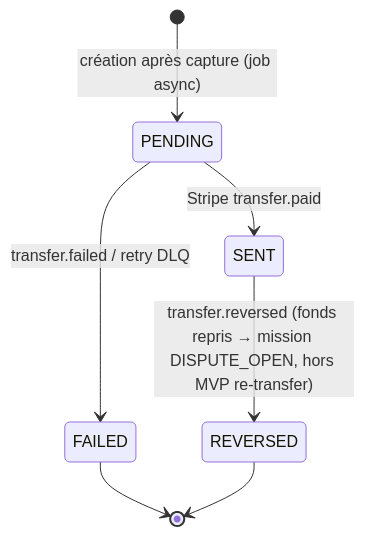
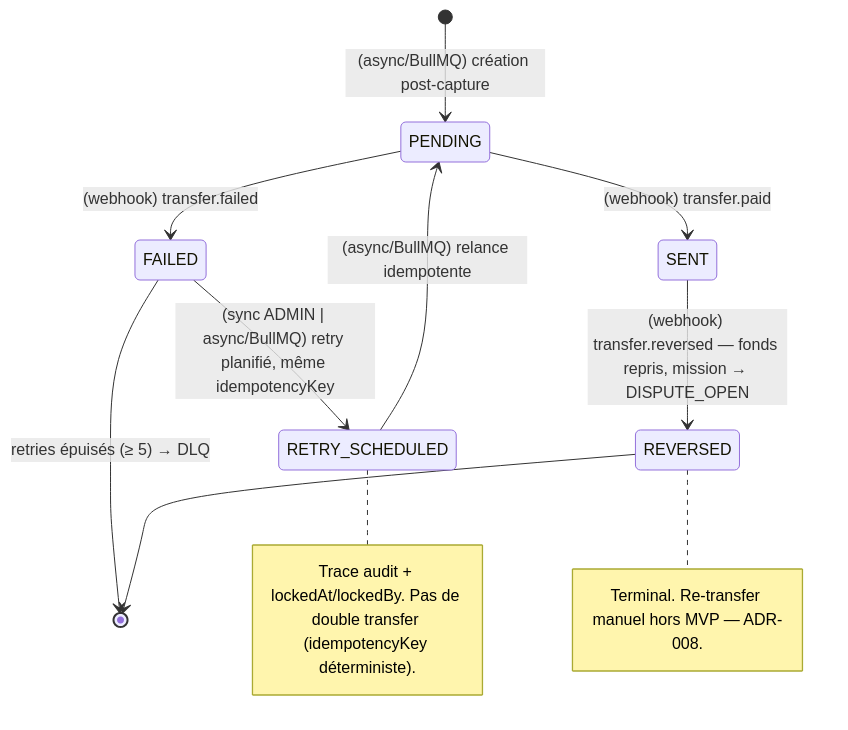
Before and after one commit to Kyria-Zaire/clean-connect: the third of 7 diagrams in docs/prd/PRD-003-photos-paiements.md, drawn with Mermaid. The commit also changed other lines of this file and 15 other files, not shown here.

````diff
--- a/docs/prd/PRD-003-photos-paiements.md
+++ b/docs/prd/PRD-003-photos-paiements.md
@@ -332,9 +366,13 @@
 ```mermaid
 stateDiagram-v2
-  [*] --> PENDING: création après capture (job async)
-  PENDING --> SENT: Stripe transfer.paid
-  PENDING --> FAILED: transfer.failed / retry DLQ
-  SENT --> REVERSED: transfer.reversed (fonds repris → mission DISPUTE_OPEN, hors MVP re-transfer)
-  FAILED --> [*]
+  [*] --> PENDING: (async/BullMQ) création post-capture
+  PENDING --> SENT: (webhook) transfer.paid
+  PENDING --> FAILED: (webhook) transfer.failed
+  FAILED --> RETRY_SCHEDULED: (sync ADMIN | async/BullMQ) retry planifié, même idempotencyKey
+  RETRY_SCHEDULED --> PENDING: (async/BullMQ) relance idempotente
+  FAILED --> [*]: retries épuisés (≥ 5) → DLQ
+  SENT --> REVERSED: (webhook) transfer.reversed — fonds repris, mission → DISPUTE_OPEN
   REVERSED --> [*]
+  note right of RETRY_SCHEDULED: Trace audit + lockedAt/lockedBy. Pas de double transfer (idempotencyKey déterministe).
+  note right of REVERSED: Terminal. Re-transfer manuel hors MVP — ADR-008.
 ```
````
